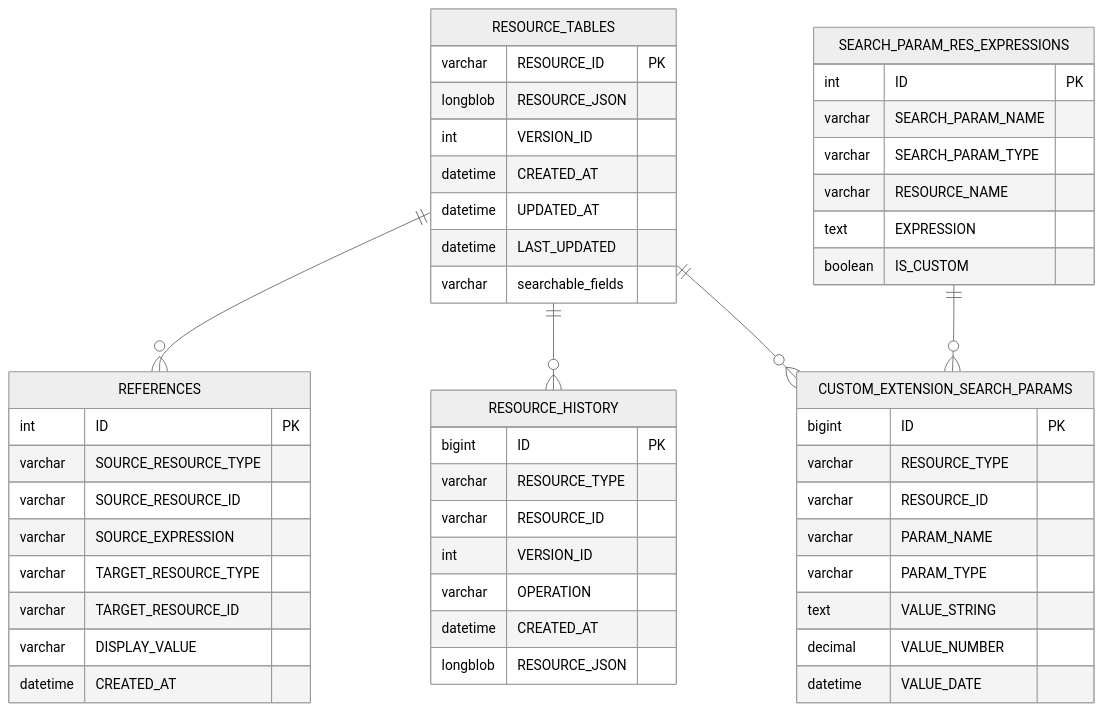
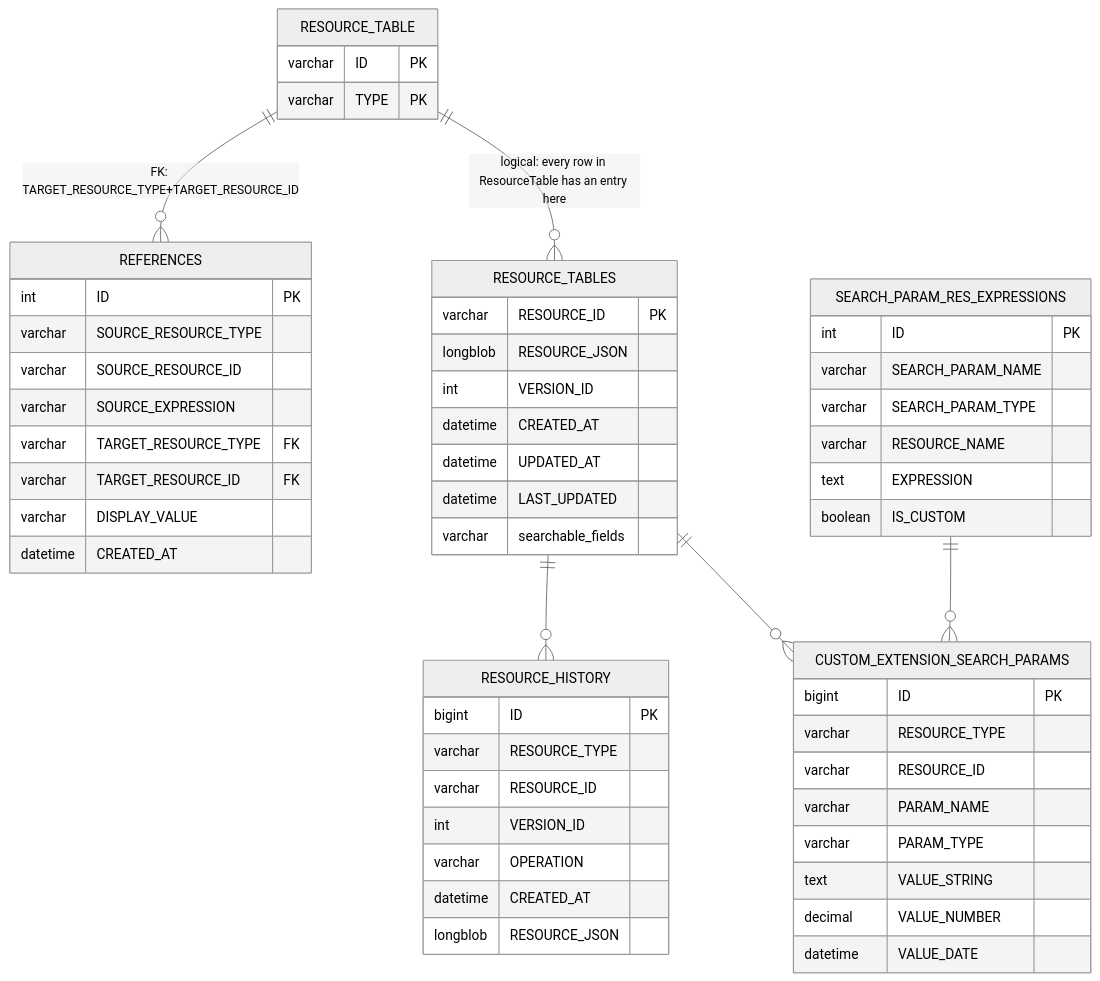
One commit to wso2/open-healthcare-prebuilt-services changed the fifth of 5 diagrams in miscellaneous/fhir-server/README.md. Above: the diagram before and after it, drawn with Mermaid (neutral theme). The commit also changed other lines of this file and 8 other files, not shown here.

````diff
--- a/miscellaneous/fhir-server/README.md
+++ b/miscellaneous/fhir-server/README.md
@@ -310,58 +310,64 @@
 ```mermaid
 erDiagram
-    RESOURCE_TABLES ||--o{ REFERENCES : ""
+    RESOURCE_TABLE ||--o{ REFERENCES : "FK: TARGET_RESOURCE_TYPE+TARGET_RESOURCE_ID"
+    RESOURCE_TABLE ||--o{ RESOURCE_TABLES : "logical: every row in ResourceTable has an entry here"
     RESOURCE_TABLES ||--o{ RESOURCE_HISTORY : ""
     RESOURCE_TABLES ||--o{ CUSTOM_EXTENSION_SEARCH_PARAMS : ""
     SEARCH_PARAM_RES_EXPRESSIONS ||--o{ CUSTOM_EXTENSION_SEARCH_PARAMS : ""
-    
+
+    RESOURCE_TABLE {
+        varchar ID PK
+        varchar TYPE PK
+    }
+
     RESOURCE_TABLES {
         varchar RESOURCE_ID PK
         longblob RESOURCE_JSON
         int VERSION_ID
         datetime CREATED_AT
         datetime UPDATED_AT
         datetime LAST_UPDATED
         varchar searchable_fields
     }
-    
+
     REFERENCES {
         int ID PK
         varchar SOURCE_RESOURCE_TYPE
         varchar SOURCE_RESOURCE_ID
         varchar SOURCE_EXPRESSION
-        varchar TARGET_RESOURCE_TYPE
-        varchar TARGET_RESOURCE_ID
+        varchar TARGET_RESOURCE_TYPE FK
+        varchar TARGET_RESOURCE_ID FK
         varchar DISPLAY_VALUE
         datetime CREATED_AT
     }
-    
+
     RESOURCE_HISTORY {
         bigint ID PK
         varchar RESOURCE_TYPE
         varchar RESOURCE_ID
         int VERSION_ID
         varchar OPERATION
         datetime CREATED_AT
         longblob RESOURCE_JSON
     }
-    
+
     CUSTOM_EXTENSION_SEARCH_PARAMS {
         bigint ID PK
         varchar RESOURCE_TYPE
         varchar RESOURCE_ID
         varchar PARAM_NAME
         varchar PARAM_TYPE
         text VALUE_STRING
         decimal VALUE_NUMBER
         datetime VALUE_DATE
     }
-    
+
     SEARCH_PARAM_RES_EXPRESSIONS {
         int ID PK
         varchar SEARCH_PARAM_NAME
         varchar SEARCH_PARAM_TYPE
         varchar RESOURCE_NAME
         text EXPRESSION
         boolean IS_CUSTOM
     }
 ```
````
